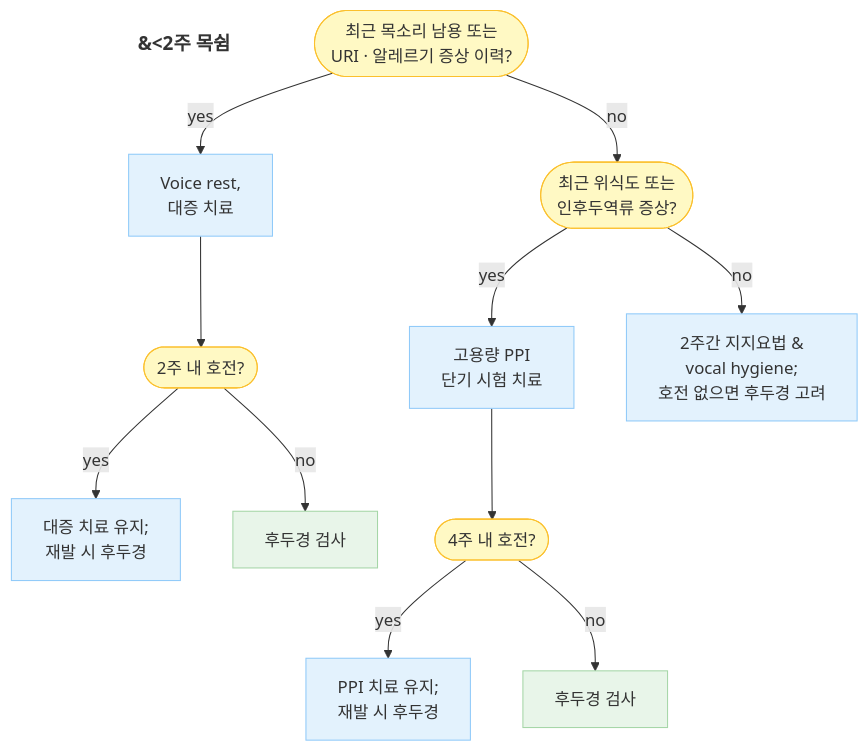
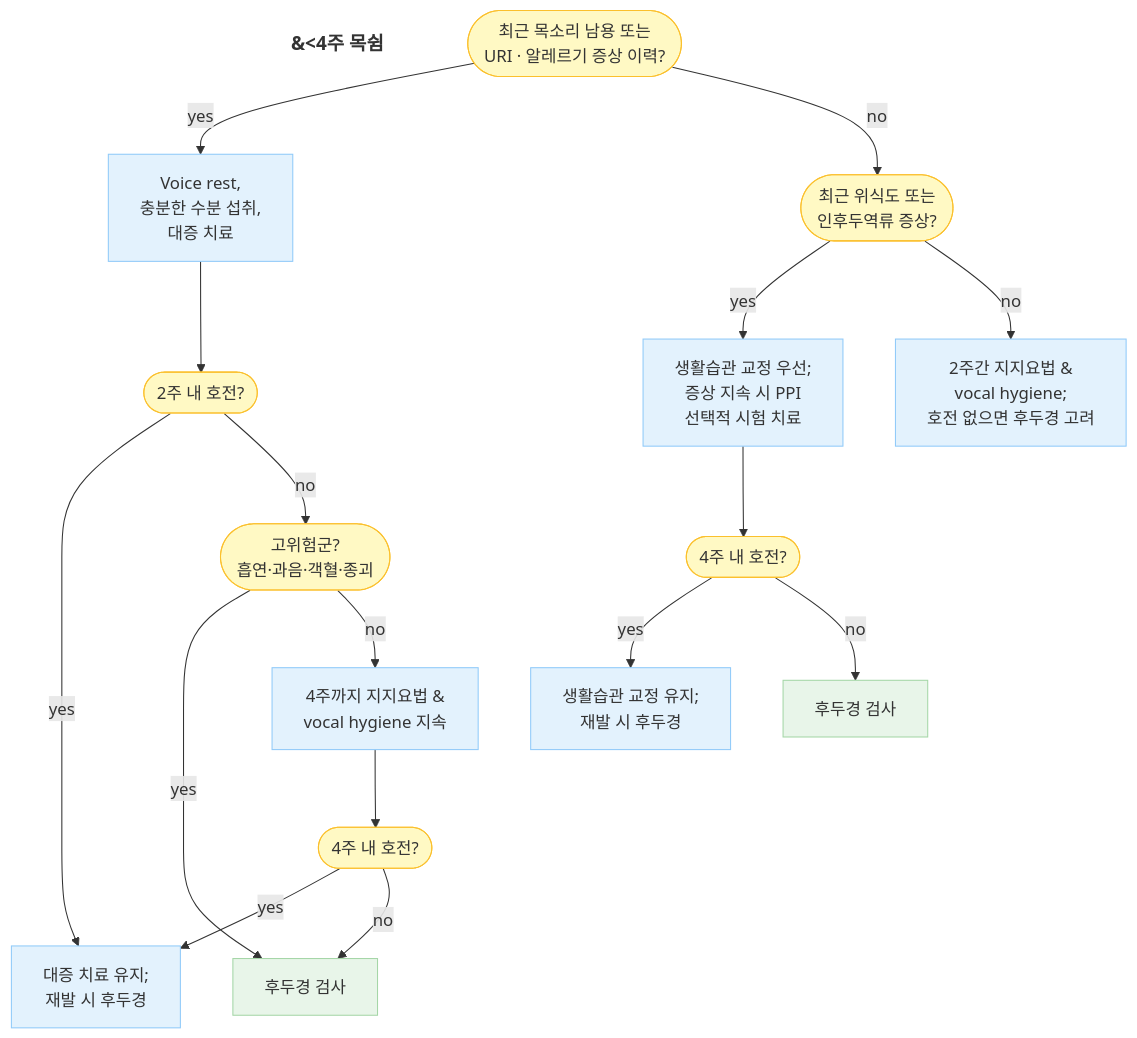
One commit to familyoh77/familyoh77 changed the first of 2 diagrams in 222_/058_-hoarseness.md. Above: the diagram before and after it, drawn with Mermaid. The commit also changed other lines of this file, not shown here.

````diff
--- a/222_/058_-hoarseness.md
+++ b/222_/058_-hoarseness.md
@@ -90,29 +112,34 @@
 ```mermaid
 graph TD
-    Title[<b>&#60;2주 목쉼</b>]
+    Title[<b>&#60;4주 목쉼</b>]
     style Title fill:none,stroke:none,font-size:18px
 
     Start([최근 목소리 남용 또는<br/>URI · 알레르기 증상 이력?])
 
-    Start -- yes --> A[Voice rest,<br/>대증 치료]
+    Start -- yes --> A[Voice rest,<br/>충분한 수분 섭취,<br/>대증 치료]
     Start -- no --> B([최근 위식도 또는<br/>인후두역류 증상?])
 
     A --> A1([2주 내 호전?])
     A1 -- yes --> A2[대증 치료 유지;<br/>재발 시 후두경]
-    A1 -- no --> A3[후두경 검사]
+    A1 -- no --> A1b([고위험군?<br/>흡연·과음·객혈·종괴])
+    A1b -- yes --> A3[후두경 검사]
+    A1b -- no --> A1c[4주까지 지지요법 &<br/>vocal hygiene 지속]
+    A1c --> A1d([4주 내 호전?])
+    A1d -- yes --> A2
+    A1d -- no --> A3
 
-    B -- yes --> C[고용량 PPI<br/>단기 시험 치료]
+    B -- yes --> C[생활습관 교정 우선;<br/>증상 지속 시 PPI<br/>선택적 시험 치료]
     B -- no --> D[2주간 지지요법 &<br/>vocal hygiene;<br/>호전 없으면 후두경 고려]
 
     C --> C1([4주 내 호전?])
-    C1 -- yes --> C2[PPI 치료 유지;<br/>재발 시 후두경]
+    C1 -- yes --> C2[생활습관 교정 유지;<br/>재발 시 후두경]
     C1 -- no --> C3[후두경 검사]
 
     classDef yellow fill:#FFF9C4,stroke:#FBC02D;
     classDef blue fill:#E3F2FD,stroke:#90CAF9;
     classDef green fill:#E8F5E9,stroke:#A5D6A7;
 
-    class Start,B,A1,C1 yellow;
-    class A,A2,C,C2,D blue;
+    class Start,B,A1,A1b,A1d,C1 yellow;
+    class A,A2,A1c,C,C2,D blue;
     class A3,C3 green;
 ```
````
